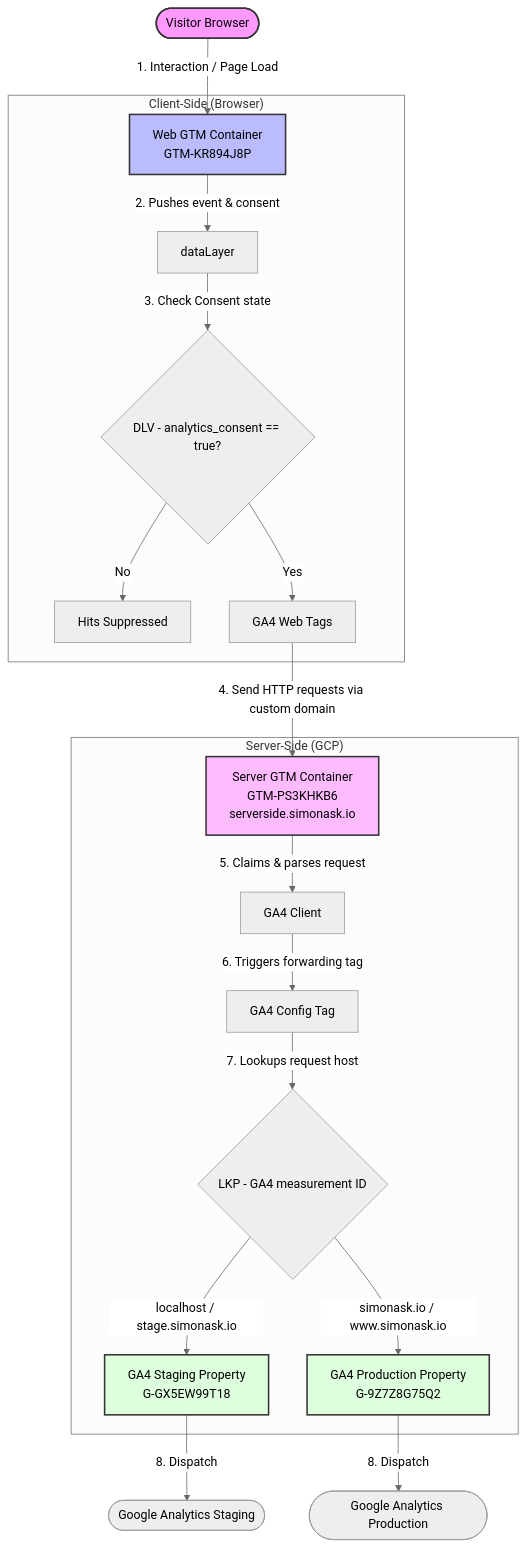
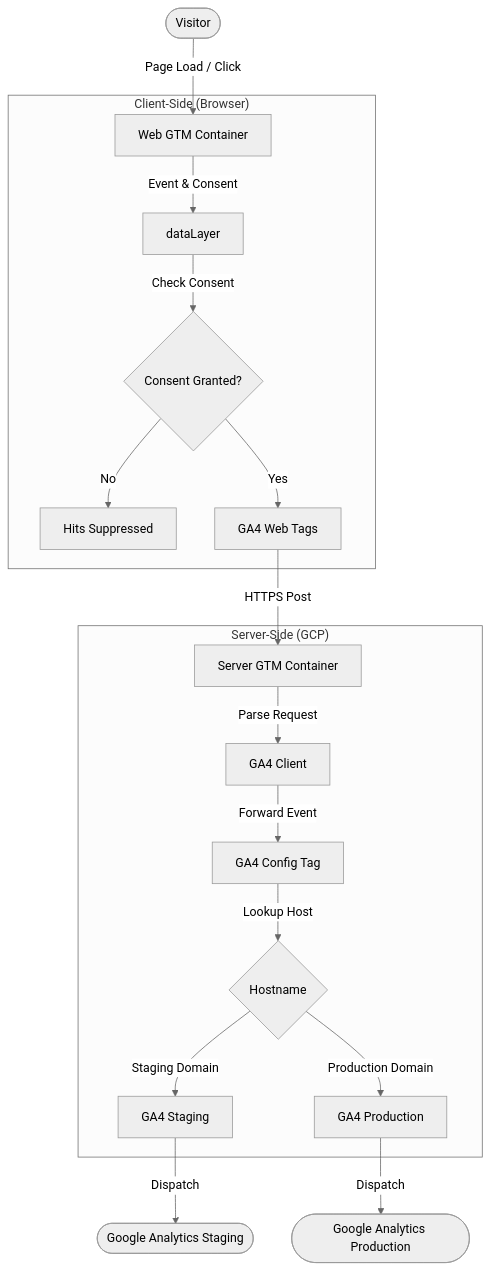
One commit to SimonAndreAsk/Analytics changed the diagram in docs/GTM/README.md. Above: the diagram before and after it, drawn with Mermaid (neutral theme).

Commit message:
Simplify diagram labels and remove custom colors to improve contrast

````diff
--- a/docs/GTM/README.md
+++ b/docs/GTM/README.md
@@ -13,31 +13,25 @@
 ```mermaid
 graph TD
-    User([Visitor Browser]) -->|1. Interaction / Page Load| WebGTM[Web GTM Container <br> GTM-KR894J8P]
+    User([Visitor]) -->|Page Load / Click| WebGTM[Web GTM Container]
     
     subgraph "Client-Side (Browser)"
-        WebGTM -->|2. Pushes event & consent| DL[dataLayer]
-        DL -->|3. Check Consent state| ConsentGate{DLV - analytics_consent == true?}
+        WebGTM -->|Event & Consent| DL[dataLayer]
+        DL -->|Check Consent| ConsentGate{Consent Granted?}
         ConsentGate -->|No| Suppressed[Hits Suppressed]
         ConsentGate -->|Yes| GA4Tags[GA4 Web Tags]
     end
     
-    GA4Tags -->|4. Send HTTP requests via custom domain| ServerGTM[Server GTM Container <br> GTM-PS3KHKB6 <br> serverside.simonask.io]
+    GA4Tags -->|HTTPS Post| ServerGTM[Server GTM Container]
     
     subgraph "Server-Side (GCP)"
-        ServerGTM -->|5. Claims & parses request| GA4Client[GA4 Client]
-        GA4Client -->|6. Triggers forwarding tag| GA4ServerTag[GA4 Config Tag]
-        GA4ServerTag -->|7. Lookups request host| LKP{LKP - GA4 measurement ID}
+        ServerGTM -->|Parse Request| GA4Client[GA4 Client]
+        GA4Client -->|Forward Event| GA4ServerTag[GA4 Config Tag]
+        GA4ServerTag -->|Lookup Host| LKP{Hostname}
         
-        LKP -->|localhost / stage.simonask.io| Stage[GA4 Staging Property <br> G-GX5EW99T18]
-        LKP -->|simonask.io / www.simonask.io| Prod[GA4 Production Property <br> G-9Z7Z8G75Q2]
+        LKP -->|Staging Domain| Stage[GA4 Staging]
+        LKP -->|Production Domain| Prod[GA4 Production]
     end
     
-    Stage -->|8. Dispatch| GA_Stage([Google Analytics Staging])
-    Prod -->|8. Dispatch| GA_Prod([Google Analytics Production])
-    
-    style User fill:#f9f,stroke:#333,stroke-width:2px
-    style WebGTM fill:#bbf,stroke:#333,stroke-width:2px
-    style ServerGTM fill:#fbf,stroke:#333,stroke-width:2px
-    style Stage fill:#dfd,stroke:#333,stroke-width:2px
-    style Prod fill:#dfd,stroke:#333,stroke-width:2px
+    Stage -->|Dispatch| GA_Stage([Google Analytics Staging])
+    Prod -->|Dispatch| GA_Prod([Google Analytics Production])
 ```
````
